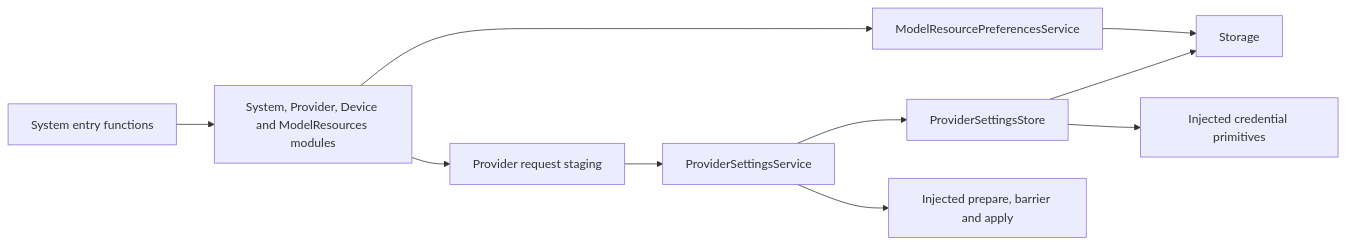
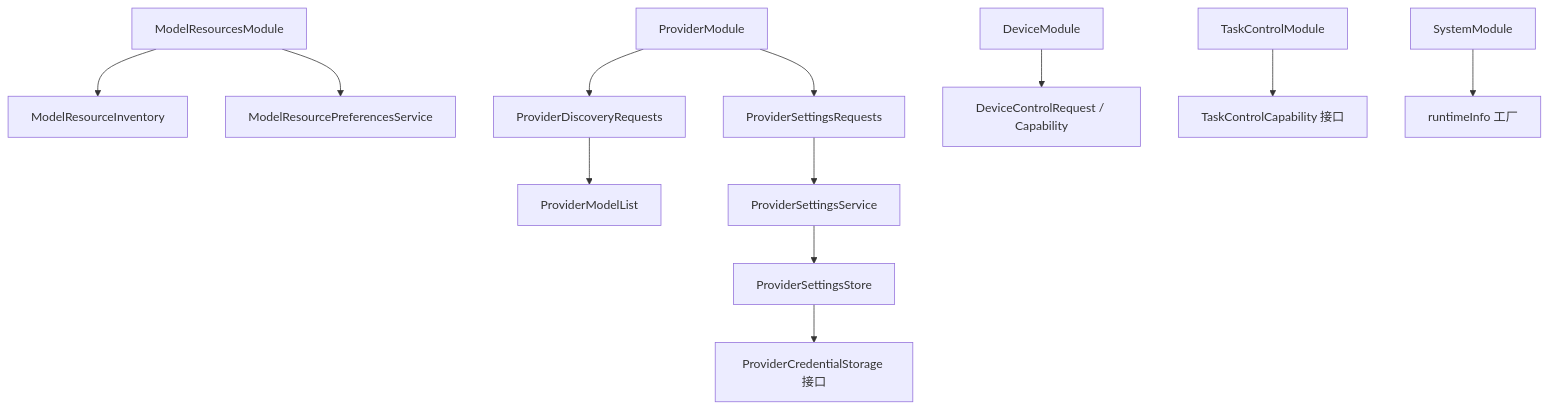
Before and after one commit to devilyouwei/MobileHarness: the second of 2 diagrams in MobileHarness/Actions/System/Support/README.md, drawn with Mermaid. The commit also changed other lines of this file and 108 other files, not shown here.

````diff
--- a/MobileHarness/Actions/System/Support/README.md
+++ b/MobileHarness/Actions/System/Support/README.md
@@ -15,12 +22,14 @@
 ```mermaid
-flowchart LR
- Entries[System entry functions] --> Modules[System, Provider, Device and ModelResources modules]
- Modules --> Preferences[ModelResourcePreferencesService]
- Modules --> Requests[Provider request staging]
- Requests --> Transaction[ProviderSettingsService]
- Preferences --> Storage
- Transaction --> Store[ProviderSettingsStore]
- Store --> Storage
- Store --> Keys[Injected credential primitives]
- Transaction --> Native[Injected prepare, barrier and apply]
+flowchart TB
+    ResourceModule[ModelResourcesModule] --> Inventory[ModelResourceInventory]
+    ResourceModule --> Preferences[ModelResourcePreferencesService]
+    ProviderModule --> Discovery[ProviderDiscoveryRequests]
+    Discovery --> Models[ProviderModelList]
+    ProviderModule --> Requests[ProviderSettingsRequests]
+    Requests --> Service[ProviderSettingsService]
+    Service --> Store[ProviderSettingsStore]
+    Store --> Credentials[ProviderCredentialStorage 接口]
+    DeviceModule --> Device[DeviceControlRequest / Capability]
+    TaskControlModule --> Task[TaskControlCapability 接口]
+    SystemModule --> Info[runtimeInfo 工厂]
 ```
````
